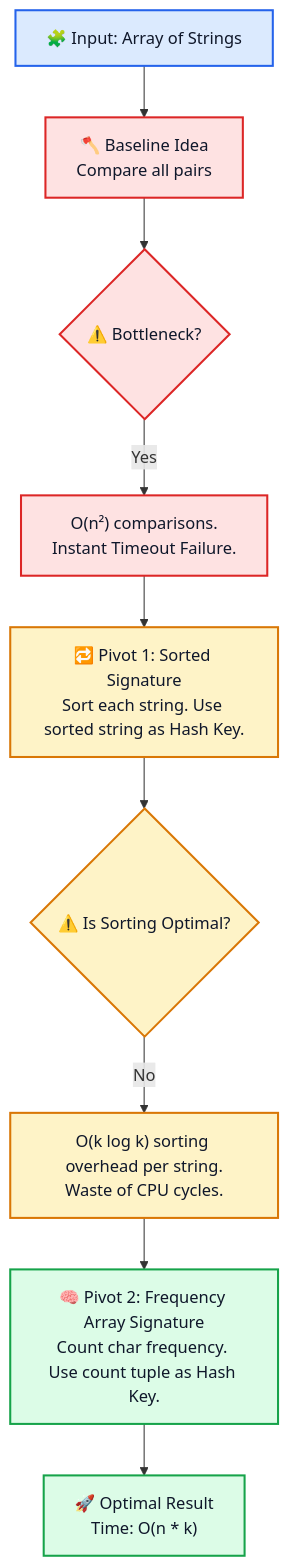
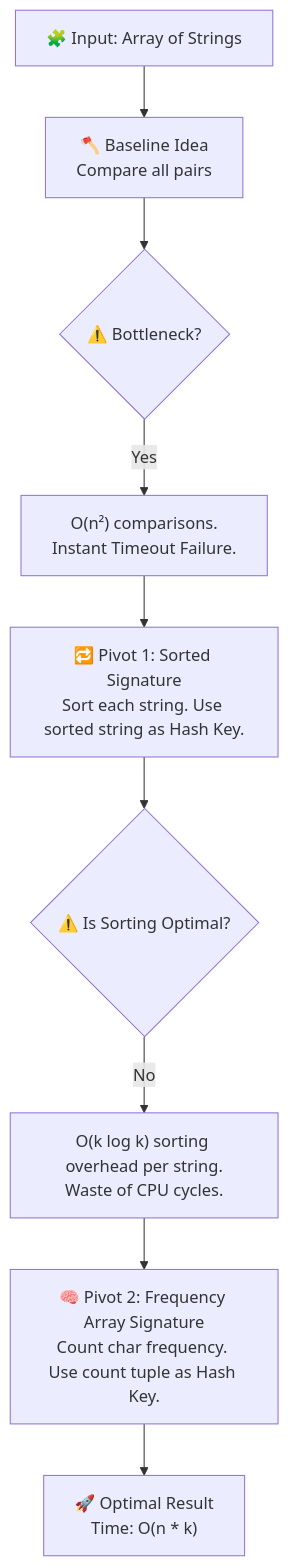
Before and after one commit to M-F-Tushar/LeetCode-Problem-Solving: the third of 12 diagrams in 04 - Group Anagrams/README.md, drawn with Mermaid. The commit also changed other lines of this file and 6 other files, not shown here.

Commit message:
added 06 - Is Subsequence, 07 - Longest Consecutive Sequence

````diff
--- a/04 - Group Anagrams/README.md
+++ b/04 - Group Anagrams/README.md
@@ -107,25 +109,17 @@
 ```mermaid
 flowchart TD
     A["🧩 Input: Array of Strings"] --> B["🪓 Baseline Idea\nCompare all pairs"]
 
     B --> C{"⚠️ Bottleneck?"}
     C -->|"Yes"| D["O(n²) comparisons.\nInstant Timeout Failure."]
 
     D --> E["🔁 Pivot 1: Sorted Signature\nSort each string. Use sorted string as Hash Key."]
 
     E --> F{"⚠️ Is Sorting Optimal?"}
     F -->|"No"| G["O(k log k) sorting overhead per string.\nWaste of CPU cycles."]
 
     G --> H["🧠 Pivot 2: Frequency Array Signature\nCount char frequency. Use count tuple as Hash Key."]
     H --> I["🚀 Optimal Result\nTime: O(n * k)"]
 
-    classDef problem fill:#dbeafe,stroke:#2563eb,stroke-width:2px,color:#0f172a;
-    classDef danger fill:#fee2e2,stroke:#dc2626,stroke-width:2px,color:#0f172a;
-    classDef insight fill:#fef3c7,stroke:#d97706,stroke-width:2px,color:#0f172a;
-    classDef optimize fill:#dcfce7,stroke:#16a34a,stroke-width:2px,color:#0f172a;
 
-    class A problem;
-    class B,C,D danger;
-    class E,F,G insight;
-    class H,I optimize;
 ```
````
